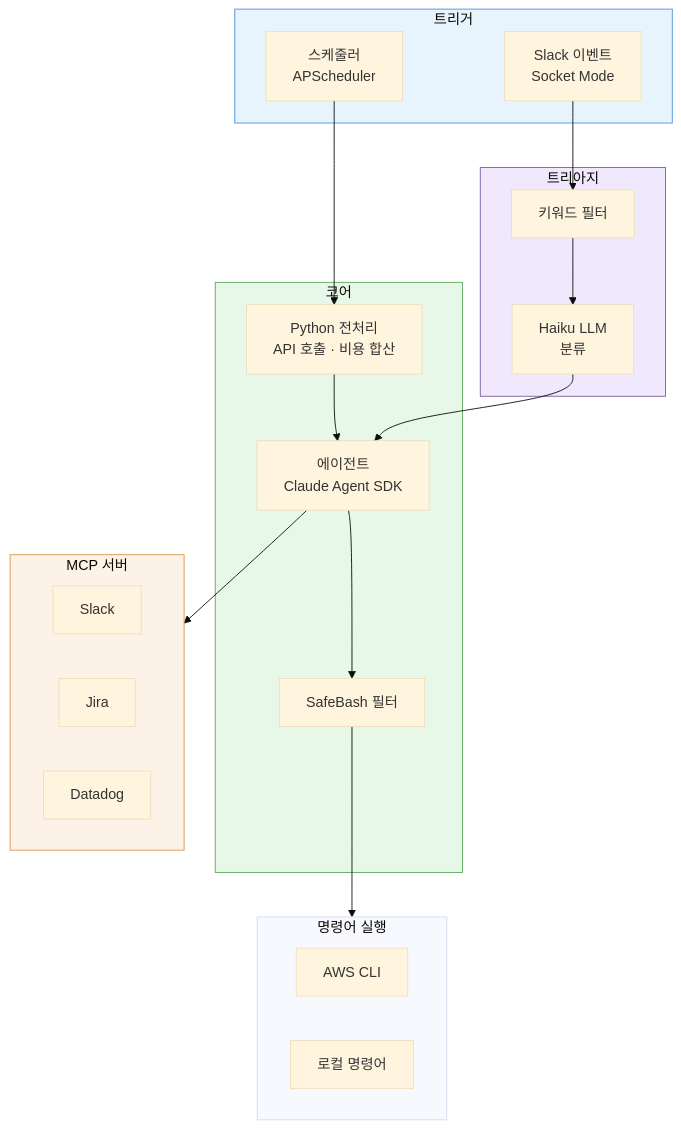
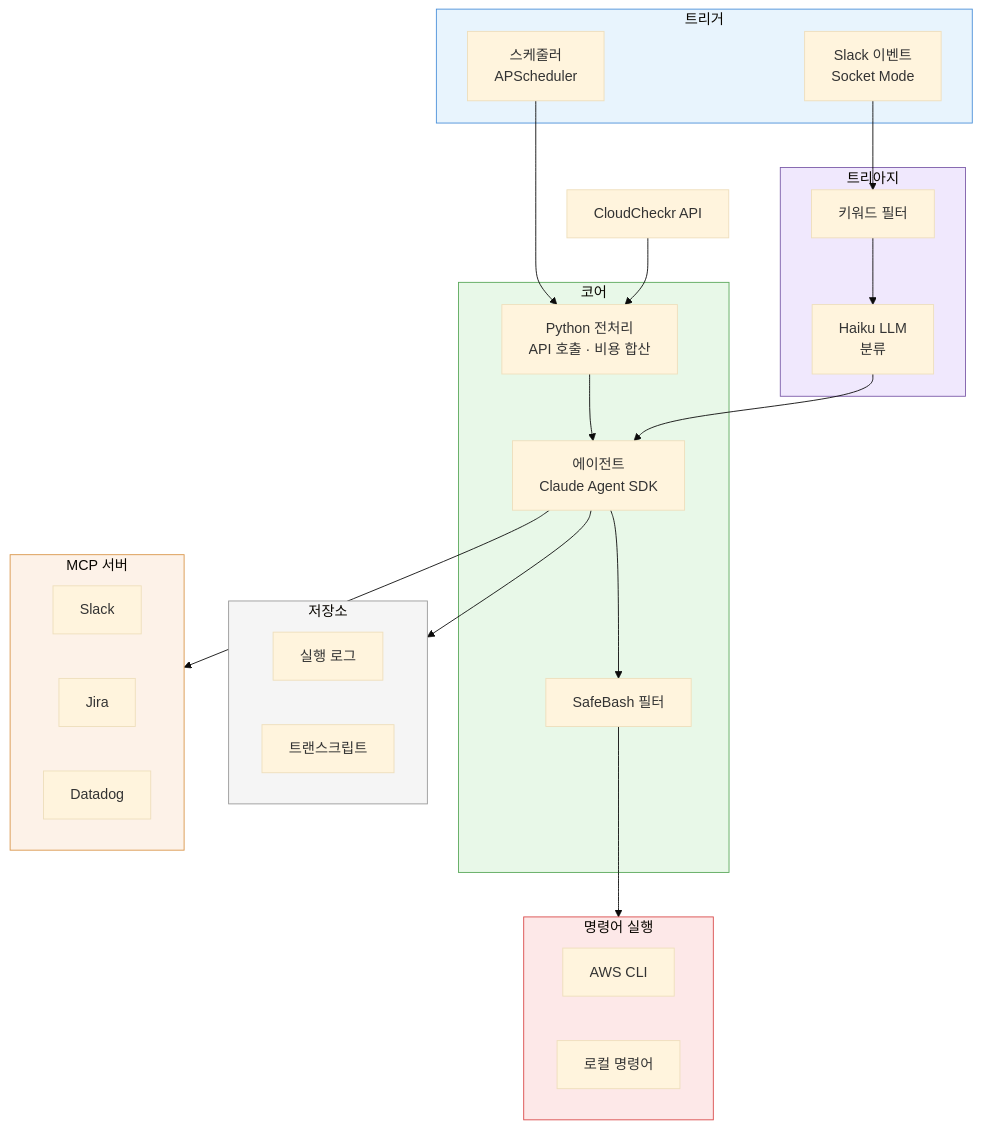
One commit to kimduksoo/duksoo-tech-blog changed the diagram in content/ai/ai-infra-automation.md. Above: the diagram before and after it, drawn with Mermaid (base theme). The commit also changed other lines of this file, not shown here.

Commit message:
시스템 개요 저장소/CloudCheckr/CLI색상/설명문구 일괄 반영

````diff
--- a/content/ai/ai-infra-automation.md
+++ b/content/ai/ai-infra-automation.md
@@ -26,39 +26,48 @@
 ```mermaid
 flowchart TB
     subgraph 트리거
         Cron[스케줄러<br/>APScheduler]
         Event[Slack 이벤트<br/>Socket Mode]
     end
 
     subgraph 트리아지
         KW[키워드 필터]
         Haiku[Haiku LLM<br/>분류]
     end
 
     subgraph 코어
         Pre[Python 전처리<br/>API 호출 · 비용 합산]
         Agent[에이전트<br/>Claude Agent SDK]
         Safe[SafeBash 필터]
     end
 
+    subgraph 저장소
+        Log[실행 로그]
+        Transcript[트랜스크립트]
+    end
+
     subgraph MCP[MCP 서버]
         S[Slack]
         J[Jira]
         D[Datadog]
     end
 
-    Cron --> Pre --> Agent
-    Event --> KW --> Haiku --> Agent
     subgraph CLI[명령어 실행]
         AWS[AWS CLI]
         Local[로컬 명령어]
     end
 
+    Cron --> Pre --> Agent
+    Event --> KW --> Haiku --> Agent
+    CloudCheckr[CloudCheckr API] --> Pre
     Agent --> Safe --> CLI
     Agent --> MCP
+    Agent --> 저장소
 
     style 트리거 fill:#e8f4fd,stroke:#4a90d9
     style 트리아지 fill:#f0e8fd,stroke:#7b5ba8
     style 코어 fill:#e8f8e8,stroke:#5ba85b
     style MCP fill:#fdf2e8,stroke:#d9964a
+    style CLI fill:#fde8e8,stroke:#d94a4a
+    style 저장소 fill:#f5f5f5,stroke:#999999
 ```
````
